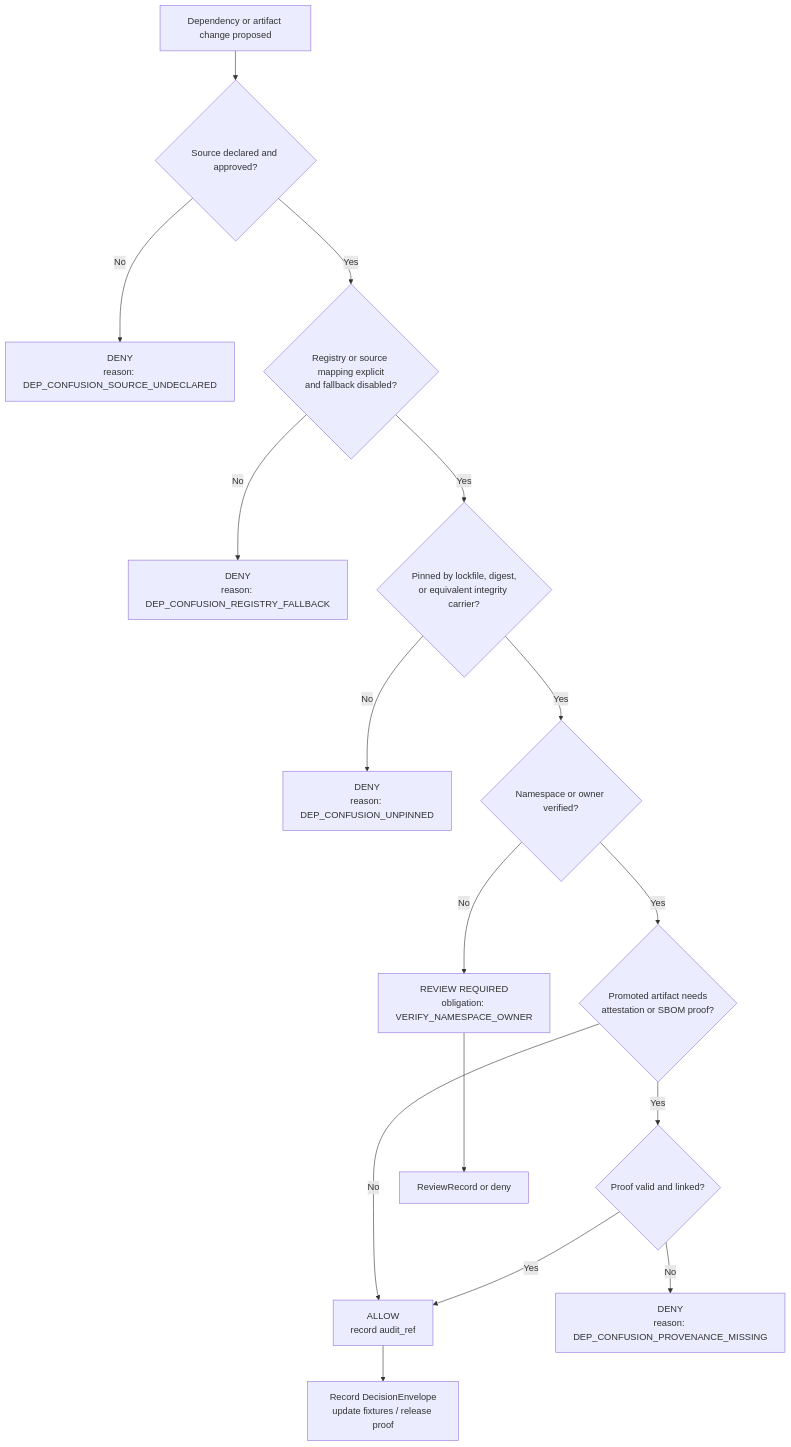
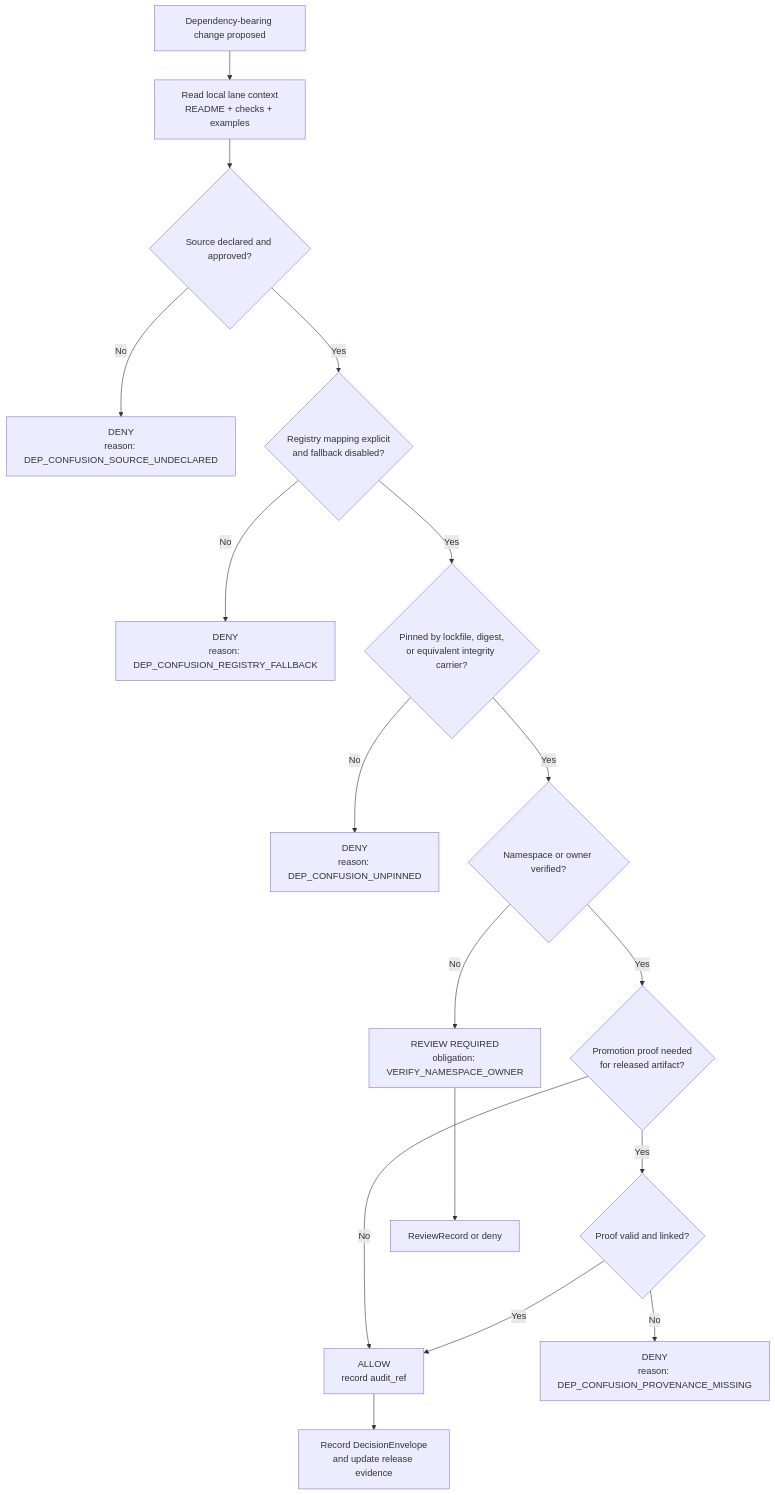
One commit to bartytime4life/Kansas-Frontier-Matrix changed the diagram in docs/security/supply-chain/dependency-confusion/policy/README.md. Above: the diagram before and after it, drawn with Mermaid. The commit also changed other lines of this file, not shown here.

````diff
--- a/docs/security/supply-chain/dependency-confusion/policy/README.md
+++ b/docs/security/supply-chain/dependency-confusion/policy/README.md
@@ -135,18 +189,19 @@
 ```mermaid
 flowchart TD
-    A[Dependency or artifact change proposed] --> B{Source declared and approved?}
-    B -- No --> D1[DENY\nreason: DEP_CONFUSION_SOURCE_UNDECLARED]
-    B -- Yes --> C{Registry or source mapping explicit\nand fallback disabled?}
-    C -- No --> D2[DENY\nreason: DEP_CONFUSION_REGISTRY_FALLBACK]
-    C -- Yes --> E{Pinned by lockfile, digest,\nor equivalent integrity carrier?}
-    E -- No --> D3[DENY\nreason: DEP_CONFUSION_UNPINNED]
-    E -- Yes --> F{Namespace or owner verified?}
-    F -- No --> R1[REVIEW REQUIRED\nobligation: VERIFY_NAMESPACE_OWNER]
-    F -- Yes --> G{Promoted artifact needs\nattestation or SBOM proof?}
-    G -- No --> H[ALLOW\nrecord audit_ref]
-    G -- Yes --> I{Proof valid and linked?}
-    I -- No --> D4[DENY\nreason: DEP_CONFUSION_PROVENANCE_MISSING]
-    I -- Yes --> H
-    H --> J[Record DecisionEnvelope\nupdate fixtures / release proof]
-    R1 --> J2[ReviewRecord or deny]
+    A[Dependency-bearing change proposed] --> B[Read local lane context<br/>README + checks + examples]
+    B --> C{Source declared and approved?}
+    C -- No --> D1[DENY<br/>reason: DEP_CONFUSION_SOURCE_UNDECLARED]
+    C -- Yes --> E{Registry mapping explicit<br/>and fallback disabled?}
+    E -- No --> D2[DENY<br/>reason: DEP_CONFUSION_REGISTRY_FALLBACK]
+    E -- Yes --> F{Pinned by lockfile, digest,<br/>or equivalent integrity carrier?}
+    F -- No --> D3[DENY<br/>reason: DEP_CONFUSION_UNPINNED]
+    F -- Yes --> G{Namespace or owner verified?}
+    G -- No --> R1[REVIEW REQUIRED<br/>obligation: VERIFY_NAMESPACE_OWNER]
+    G -- Yes --> H{Promotion proof needed<br/>for released artifact?}
+    H -- No --> I[ALLOW<br/>record audit_ref]
+    H -- Yes --> J{Proof valid and linked?}
+    J -- No --> D4[DENY<br/>reason: DEP_CONFUSION_PROVENANCE_MISSING]
+    J -- Yes --> I
+    I --> K[Record DecisionEnvelope<br/>and update release evidence]
+    R1 --> K2[ReviewRecord or deny]
 ```
````
